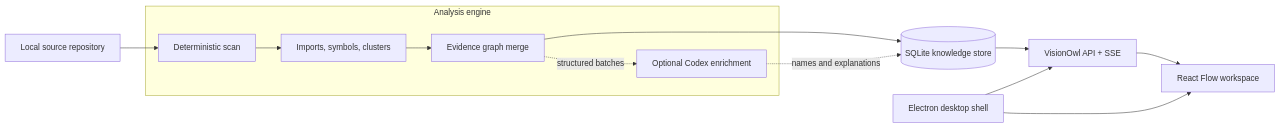
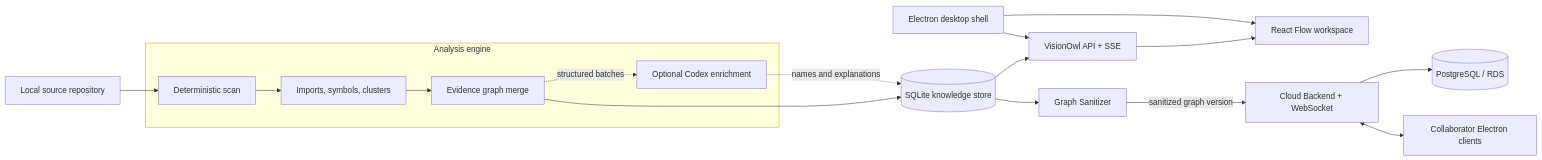
Before and after one commit to Michaelliu1017/VisionOwl-Codebase-Visualizer-Prototype: the diagram in README.md, drawn with Mermaid. The commit also changed other lines of this file and 92 other files, not shown here.

````diff
--- a/README.md
+++ b/README.md
@@ -72,27 +81,35 @@
 ```mermaid
 flowchart LR
     Repository["Local source repository"]
 
     subgraph Engine["Analysis engine"]
         Scan["Deterministic scan"]
         Structure["Imports, symbols, clusters"]
         Merge["Evidence graph merge"]
         Codex["Optional Codex enrichment"]
     end
 
     Store[("SQLite knowledge store")]
     API["VisionOwl API + SSE"]
     UI["React Flow workspace"]
     Desktop["Electron desktop shell"]
+    Sanitizer["Graph Sanitizer"]
+    CloudAPI["Cloud Backend + WebSocket"]
+    Postgres[("PostgreSQL / RDS")]
+    Team["Collaborator Electron clients"]
 
     Repository --> Scan
     Scan --> Structure
     Structure --> Merge
     Merge --> Store
     Merge -. "structured batches" .-> Codex
     Codex -. "names and explanations" .-> Store
     Store --> API
     API --> UI
     Desktop --> API
     Desktop --> UI
+    Store --> Sanitizer
+    Sanitizer -->|"sanitized graph version"| CloudAPI
+    CloudAPI --> Postgres
+    CloudAPI <--> Team
 ```
````
